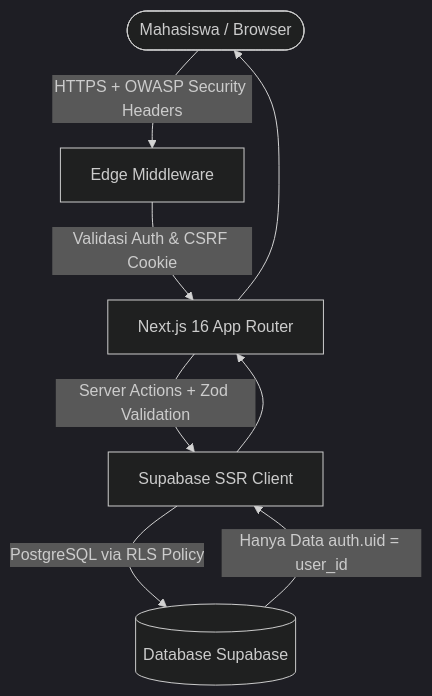
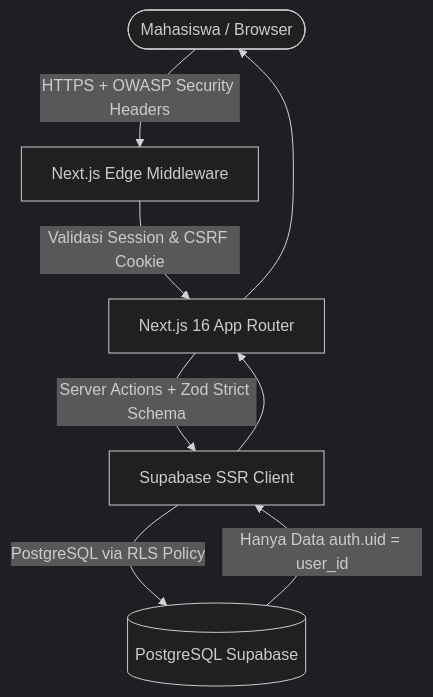
The diagram in README.md (YogUNI/ngampUS), drawn with Mermaid (dark theme) before and after one commit. The commit also changed other lines of this file and 1 other file, not shown here.

````diff
--- a/README.md
+++ b/README.md
@@ -88,10 +107,10 @@
 ```mermaid
 flowchart TD
-  User([Mahasiswa / Browser]) -->|HTTPS + OWASP Security Headers| Edge[Edge Middleware]
-  Edge -->|Validasi Auth & CSRF Cookie| Next[Next.js 16 App Router]
-  Next -->|Server Actions + Zod Validation| SSR[Supabase SSR Client]
-  SSR -->|PostgreSQL via RLS Policy| DB[(Database Supabase)]
-  DB -->|Hanya Data auth.uid = user_id| SSR
-  SSR --> Next
-  Next --> User
+  User([Mahasiswa / Browser]) -->|HTTPS + OWASP Security Headers| Edge[Next.js Edge Middleware]
+  Edge -->|Validasi Session & CSRF Cookie| AppRouter[Next.js 16 App Router]
+  AppRouter -->|Server Actions + Zod Strict Schema| SupabaseSSR[Supabase SSR Client]
+  SupabaseSSR -->|PostgreSQL via RLS Policy| DB[(PostgreSQL Supabase)]
+  DB -->|Hanya Data auth.uid = user_id| SupabaseSSR
+  SupabaseSSR --> AppRouter
+  AppRouter --> User
 ```
````
